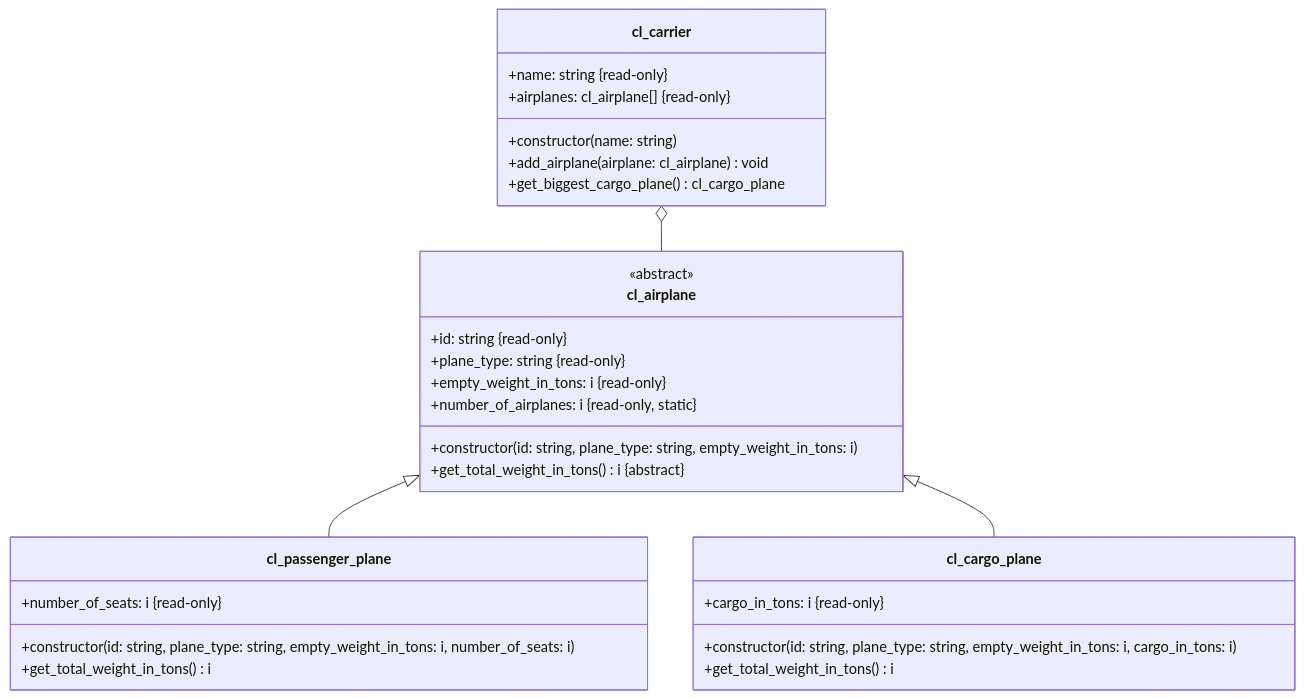
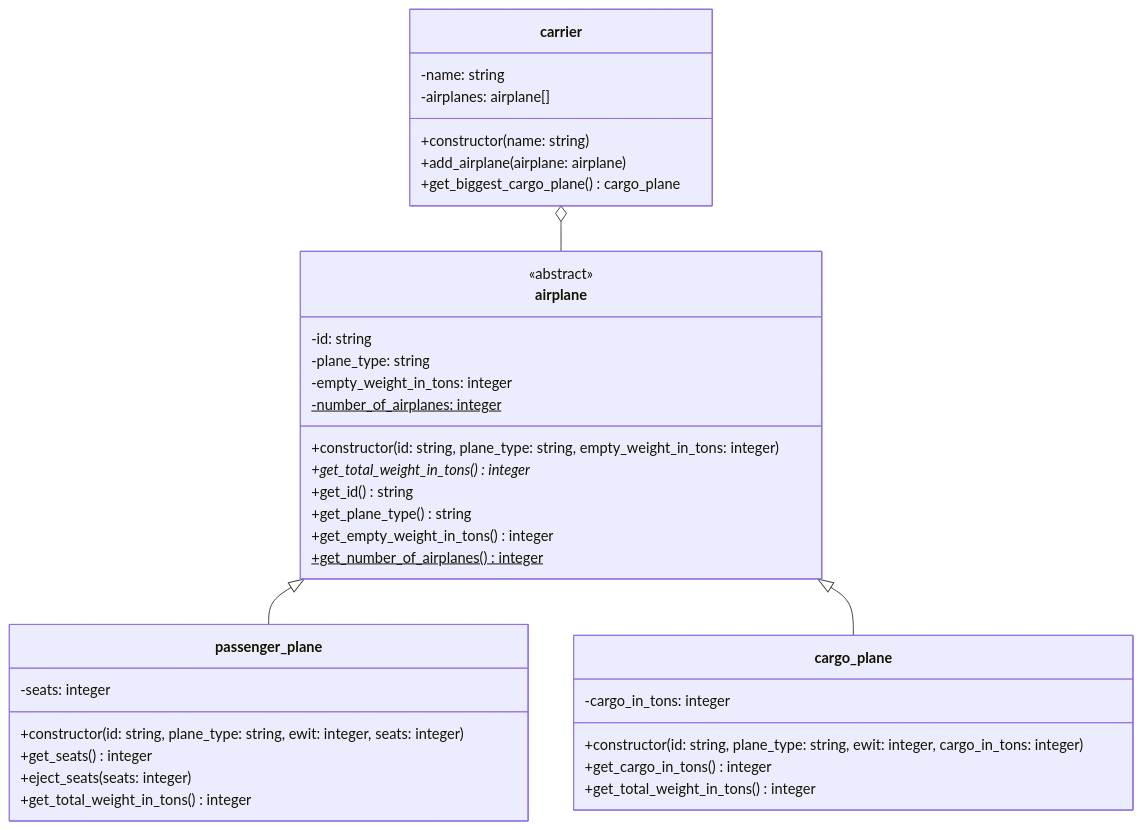
Before and after one commit to appenmaier/s4hana: the diagram in docs/exercises/abap-objects/abap-objects-08.md, drawn with Mermaid. The commit also changed 7 other files, not shown here.

````diff
--- a/docs/exercises/abap-objects/abap-objects-08.md
+++ b/docs/exercises/abap-objects/abap-objects-08.md
@@ -10,36 +10,43 @@
 ```mermaid
 classDiagram
-   cl_carrier o-- cl_airplane
-   cl_airplane <|-- cl_passenger_plane
-   cl_airplane <|-- cl_cargo_plane
+   carrier o-- airplane
+   airplane <|-- passenger_plane
+   airplane <|-- cargo_plane
 
-   class cl_airplane {
+   class airplane {
       <<abstract>>
-      +id: string &#123read-only&#125
-      +plane_type: string &#123read-only&#125
-      +empty_weight_in_tons: i &#123read-only&#125
-      +number_of_airplanes: i &#123read-only, static&#125
-      +constructor(id: string, plane_type: string, empty_weight_in_tons: i)
-      +get_total_weight_in_tons() i &#123abstract&#125
+      -id: string
+      -plane_type: string
+      -empty_weight_in_tons: integer
+      -number_of_airplanes: integer$
+      +constructor(id: string, plane_type: string, empty_weight_in_tons: integer)
+      +get_total_weight_in_tons() integer*
+      +get_id() string
+      +get_plane_type() string
+      +get_empty_weight_in_tons() integer
+      +get_number_of_airplanes() integer$
    }
 
-   class cl_passenger_plane {
-      +number_of_seats: i &#123read-only&#125
-      +constructor(id: string, plane_type: string, empty_weight_in_tons: i, number_of_seats: i)
-      +get_total_weight_in_tons() i
+   class passenger_plane {
+      -seats: integer
+      +constructor(id: string, plane_type: string, ewit: integer, seats: integer)
+      +get_seats() integer
+      +eject_seats(seats: integer)
+      +get_total_weight_in_tons() integer
    }
 
-   class cl_cargo_plane {
-      +cargo_in_tons: i &#123read-only&#125
-      +constructor(id: string, plane_type: string, empty_weight_in_tons: i, cargo_in_tons: i)
-      +get_total_weight_in_tons() i
+   class cargo_plane {
+      -cargo_in_tons: integer
+      +constructor(id: string, plane_type: string, ewit: integer, cargo_in_tons: integer)
+      +get_cargo_in_tons() integer
+      +get_total_weight_in_tons() integer
    }
 
-   class cl_carrier {
-      +name: string &#123read-only&#125
-      +airplanes: cl_airplane[] &#123read-only&#125
+   class carrier {
+      -name: string
+      -airplanes: airplane[]
       +constructor(name: string)
-      +add_airplane(airplane: cl_airplane) void
-      +get_biggest_cargo_plane() cl_cargo_plane
+      +add_airplane(airplane: airplane)
+      +get_biggest_cargo_plane() cargo_plane
    }
 ```
````
